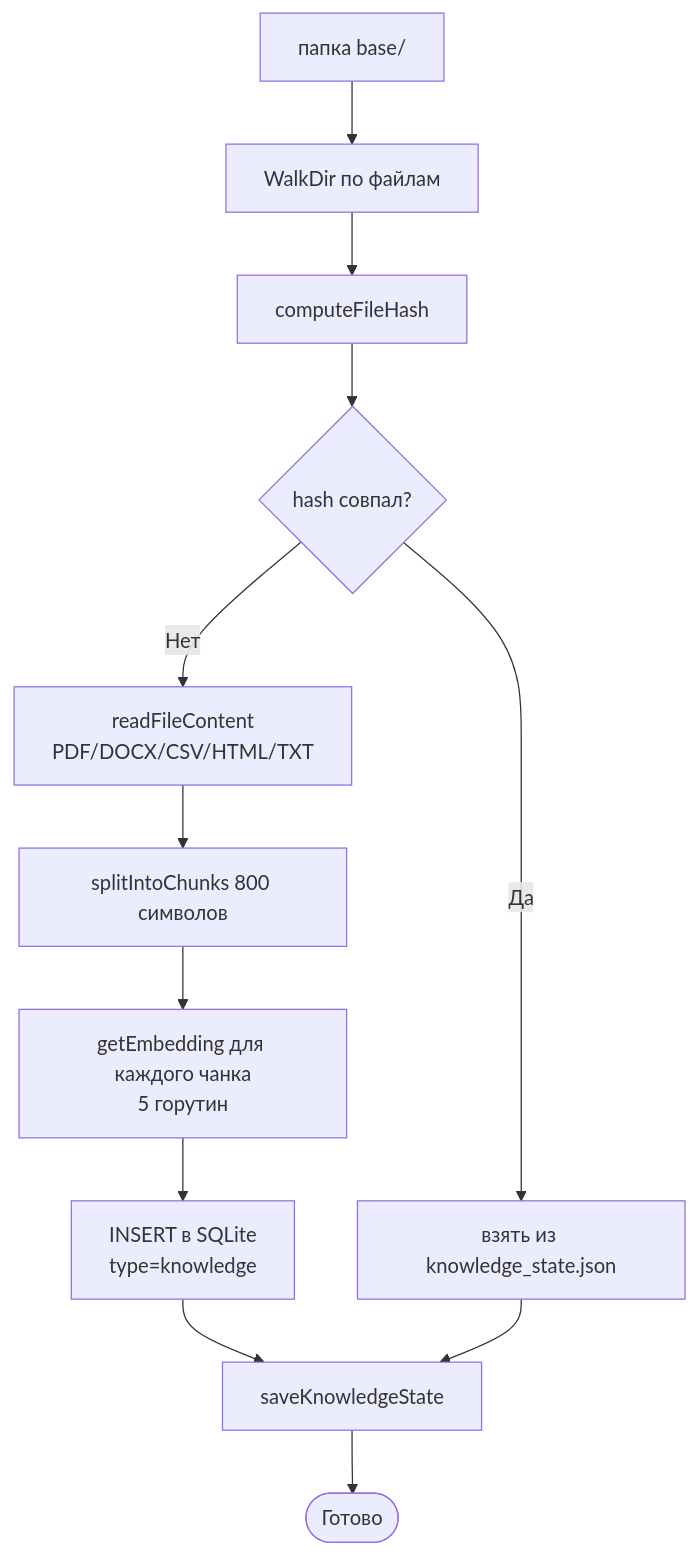
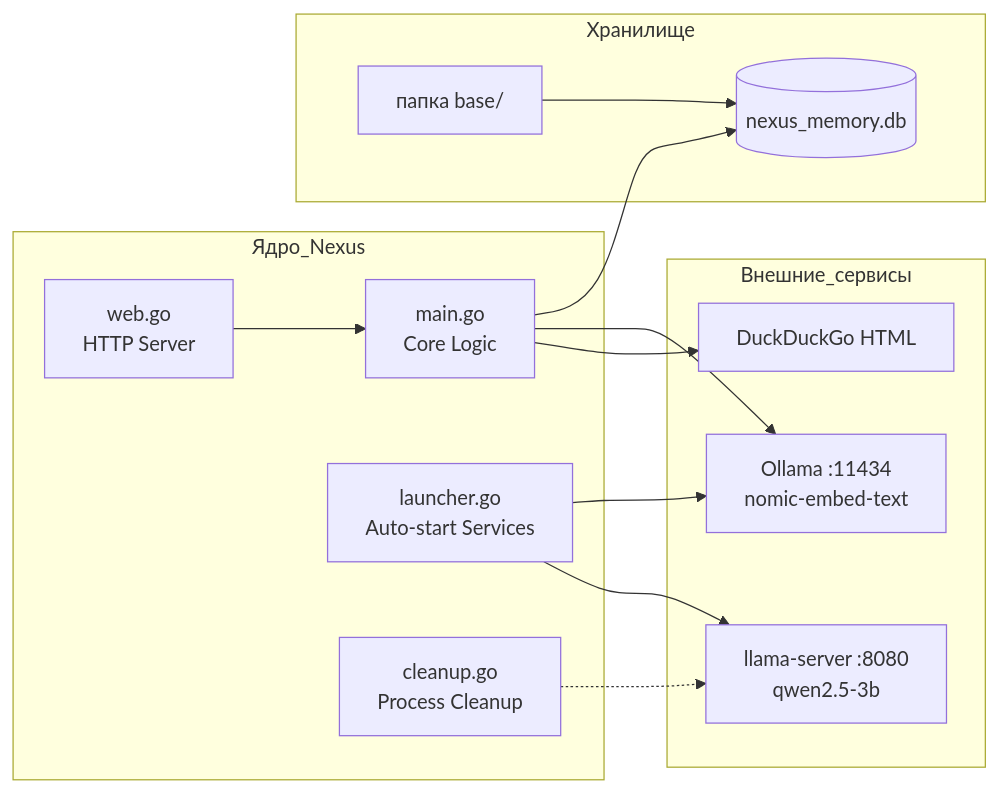
One commit to 1Maniak/nexus changed the second of 3 diagrams in docs/ARCHITECTURE.md. Above: the diagram before and after it, drawn with Mermaid. The commit also changed other lines of this file and 2 other files, not shown here.

Commit message:
docs: sync architecture, roadmap and tools with v1.6.0

````diff
--- a/docs/ARCHITECTURE.md
+++ b/docs/ARCHITECTURE.md
@@ -154,14 +29,29 @@
 ```mermaid
-flowchart TD
-    BASE[папка base/] --> WALK[WalkDir по файлам]
-    WALK --> HASH[computeFileHash]
-    HASH --> CHECK{hash совпал?}
-    CHECK -- Да --> CACHE[взять из knowledge_state.json]
-    CHECK -- Нет --> READ[readFileContent<br/>PDF/DOCX/CSV/HTML/TXT]
-    READ --> SPLIT[splitIntoChunks 800 символов]
-    SPLIT --> EMB[getEmbedding для каждого чанка<br/>5 горутин]
-    EMB --> INSERT[INSERT в SQLite<br/>type=knowledge]
-    INSERT --> SAVE[saveKnowledgeState]
-    CACHE --> SAVE
-    SAVE --> DONE([Готово])
+graph LR
+    subgraph Ядро_Nexus
+        WEB[web.go<br/>HTTP Server]
+        MAIN[main.go<br/>Core Logic]
+        LAUNCH[launcher.go<br/>Auto-start Services]
+        CLEAN[cleanup.go<br/>Process Cleanup]
+    end
+
+    subgraph Внешние_сервисы
+        OLLAMA[Ollama :11434<br/>nomic-embed-text]
+        QWEN[llama-server :8080<br/>qwen2.5-3b]
+        DDG[DuckDuckGo HTML]
+    end
+
+    subgraph Хранилище
+        DB[(nexus_memory.db)]
+        BASE[папка base/]
+    end
+
+    WEB --> MAIN
+    LAUNCH --> QWEN
+    LAUNCH --> OLLAMA
+    MAIN --> DDG
+    MAIN --> OLLAMA
+    MAIN --> DB
+    BASE --> DB
+    CLEAN -.-> QWEN
 ```
````
